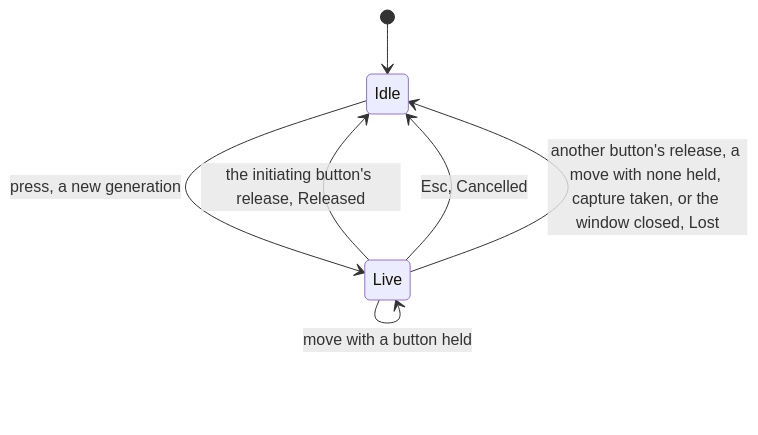
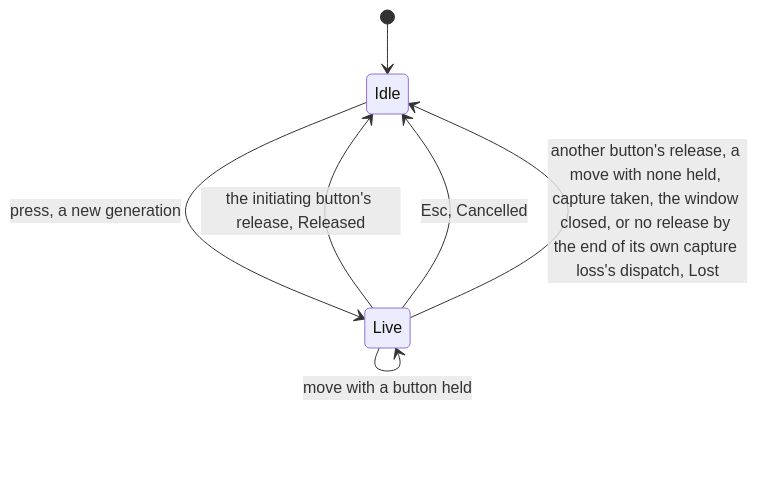
One commit to labcoder/capsula changed the second of 2 diagrams in docs/development/kumo.md. Above: the diagram before and after it, drawn with Mermaid. The commit also changed other lines of this file and 2 other files, not shown here.

````diff
--- a/docs/development/kumo.md
+++ b/docs/development/kumo.md
@@ -163,9 +163,9 @@
 ```mermaid
 stateDiagram-v2
     [*] --> Idle
     Idle --> Live: press, a new generation
     Live --> Live: move with a button held
     Live --> Idle: the initiating button's release, Released
     Live --> Idle: Esc, Cancelled
-    Live --> Idle: another button's release, a move with none held, capture taken, or the window closed, Lost
+    Live --> Idle: another button's release, a move with none held, capture taken, the window closed, or no release by the end of its own capture loss's dispatch, Lost
 ```
````
